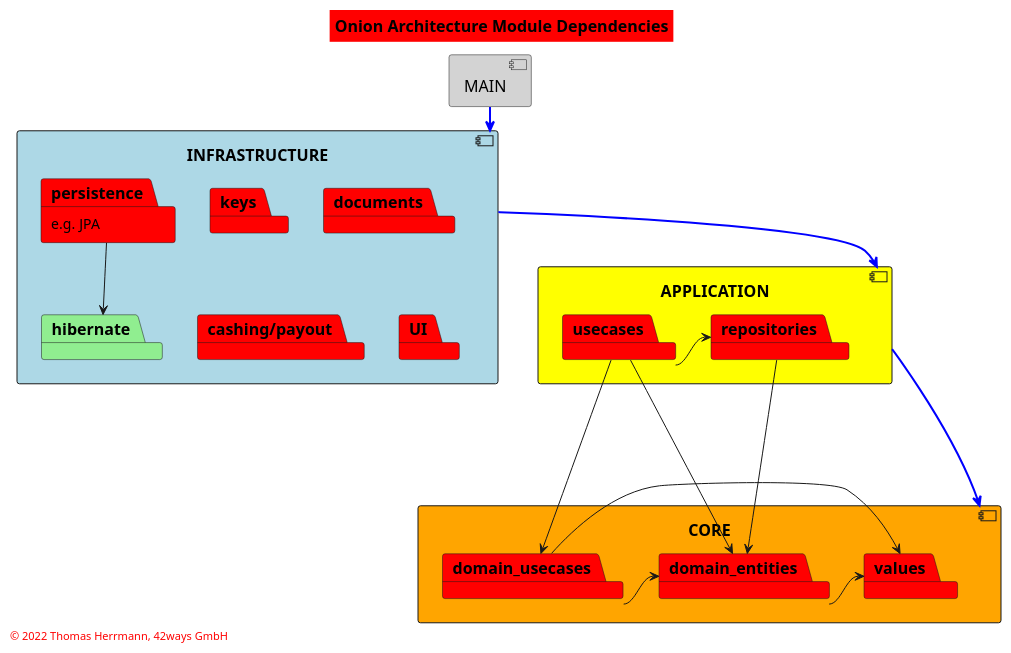
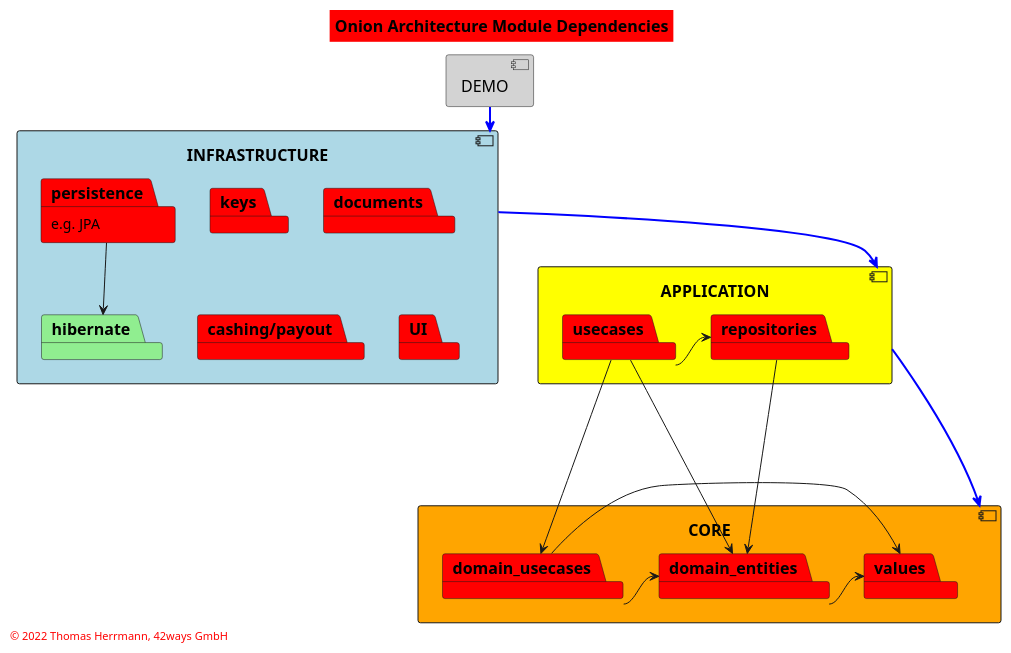
The diagram in modules+packages.puml (42ways/onion-architecture-blueprint), drawn with PlantUML before and after one commit. The commit also changed 4 other files, not shown here.

Commit message:
update module diagrams

```diff
--- a/modules+packages.puml
+++ b/modules+packages.puml
@@ -1,70 +1,63 @@
 @startuml
 
 <style>
 title {
   FontSize 16
   FontColor Black
   BackgroundColor Red
 }
 footer {
   HorizontalAlignment left
   FontSize 11
   FontColor red
 }
 </style>
-
-' skinparam linetype ortho
-' skinparam titleBorderRoundCorner 15
-' skinparam titleBorderThickness 2
-' skinparam titleBorderColor red
-' skinparam titleBackgroundColor Red
-
 
 title Onion Architecture Module Dependencies
 
 component CORE #orange {
 package domain_usecases
 package domain_entities
 package values
 domain_usecases -> domain_entities
 domain_usecases -> values
 domain_entities -> values
 }
 
 component APPLICATION #yellow {
 package usecases
 package repositories
 usecases -> repositories
 }
 
 repositories -> domain_entities
 usecases --> domain_usecases
 usecases -> domain_entities
 
 component INFRASTRUCTURE #lightblue {
 package persistence as "e.g. JPA"
 package keys
 package documents
 package "cashing/payout"
 package UI
 
 package hibernate #lightgreen
 persistence -d-> hibernate
 }
 
-component MAIN #lightgray
+component DEMO #lightgray
 
-  MAIN -[#blue,bold]-> INFRASTRUCTURE
-' MAIN -[#blue,bold]-> APPLICATION
-' MAIN -[#blue,bold]-> CORE
+  DEMO -[#blue,bold]-> INFRASTRUCTURE
+' DEMO -[#blue,bold]-> APPLICATION
+' DEMO -[#blue,bold]-> CORE
 
   INFRASTRUCTURE -[#blue,bold]-> APPLICATION
 ' INFRASTRUCTURE -[#blue,bold]-> CORE
 
   APPLICATION --[#blue,bold]--> CORE
 
 footer
 © 2022 Thomas Herrmann, 42ways GmbH
 endfooter
 
 @enduml
```
